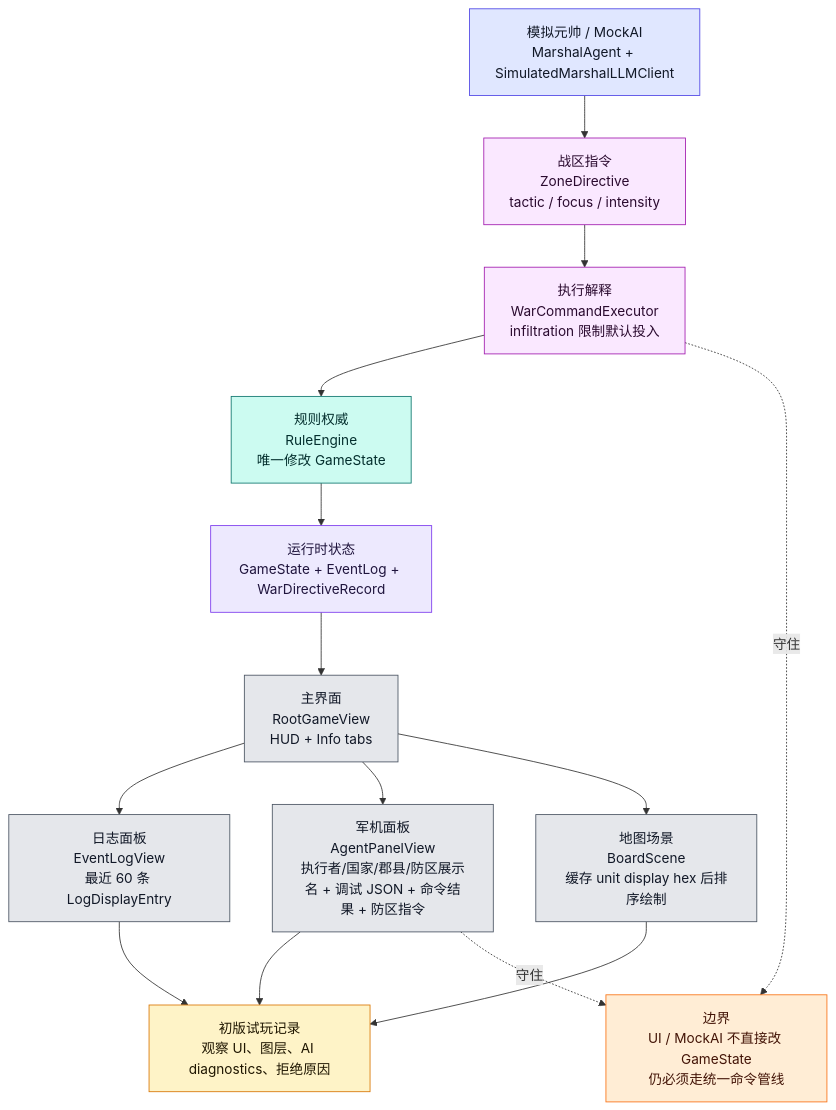
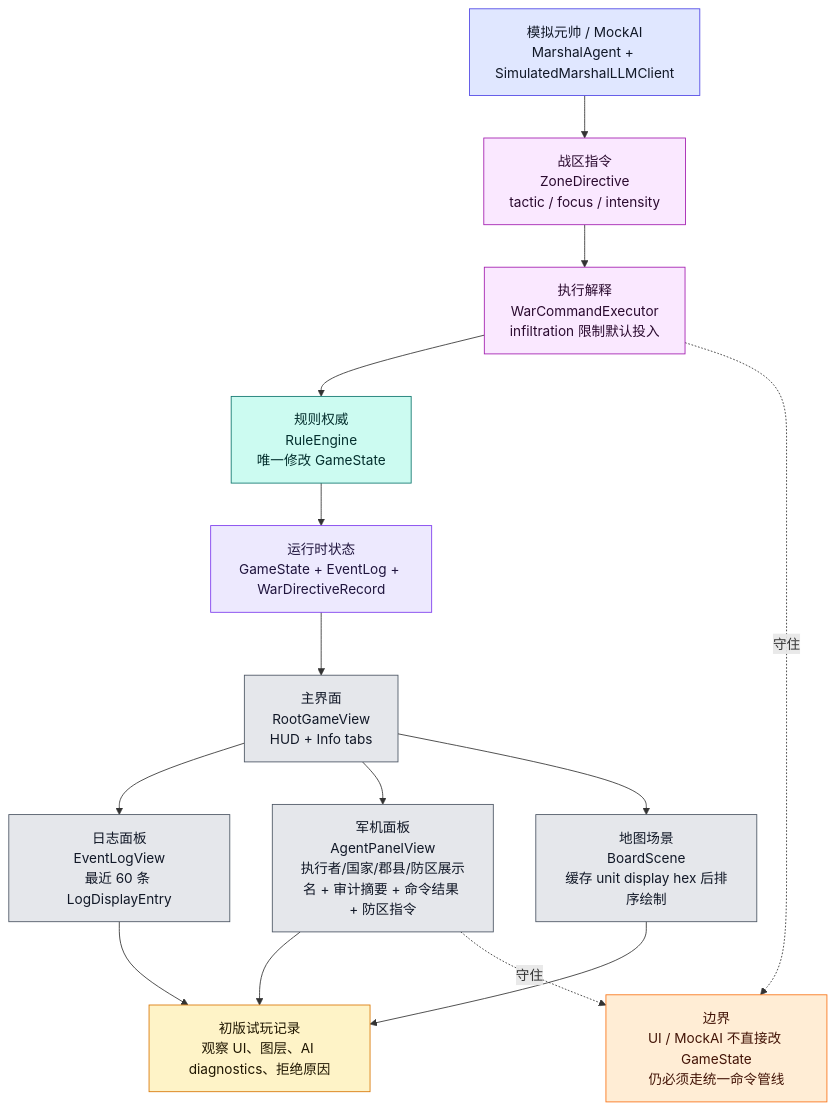
The seventh of 9 diagrams in md/flow/flowchart.md (Altman-sam114/121), drawn with Mermaid before and after one commit. The commit also changed other lines of this file and 11 other files, not shown here.

Commit message:
fix(ui): sanitize agent panel displays

````diff
--- a/md/flow/flowchart.md
+++ b/md/flow/flowchart.md
@@ -491,34 +492,34 @@
 ```mermaid
 flowchart TD
     STATE["运行时状态<br/>GameState + EventLog + WarDirectiveRecord"]:::state
     ROOT["主界面<br/>RootGameView<br/>HUD + Info tabs"]:::ui
     LOG["日志面板<br/>EventLogView<br/>最近 60 条 LogDisplayEntry"]:::ui
-    AIUI["军机面板<br/>AgentPanelView<br/>执行者/国家/郡县/防区展示名 + 调试 JSON + 命令结果 + 防区指令"]:::ui
+    AIUI["军机面板<br/>AgentPanelView<br/>执行者/国家/郡县/防区展示名 + 审计摘要 + 命令结果 + 防区指令"]:::ui
     BOARD["地图场景<br/>BoardScene<br/>缓存 unit display hex 后排序绘制"]:::ui
     MARSHAL["模拟元帅 / MockAI<br/>MarshalAgent + SimulatedMarshalLLMClient"]:::ai
     ZD["战区指令<br/>ZoneDirective<br/>tactic / focus / intensity"]:::command
     WCE["执行解释<br/>WarCommandExecutor<br/>infiltration 限制默认投入"]:::command
     RULE["规则权威<br/>RuleEngine<br/>唯一修改 GameState"]:::rules
     PLAYTEST["初版试玩记录<br/>观察 UI、图层、AI diagnostics、拒绝原因"]:::doc
 
     STATE --> ROOT
     ROOT --> LOG
     ROOT --> AIUI
     ROOT --> BOARD
     MARSHAL --> ZD --> WCE --> RULE --> STATE
     AIUI --> PLAYTEST
     LOG --> PLAYTEST
     BOARD --> PLAYTEST
 
     WARN["边界<br/>UI / MockAI 不直接改 GameState<br/>仍必须走统一命令管线"]:::warn
     AIUI -.守住.-> WARN
     WCE -.守住.-> WARN
 
     classDef state fill:#ede9fe,stroke:#7c3aed,color:#1f143d
     classDef ui fill:#e5e7eb,stroke:#4b5563,color:#111827
     classDef ai fill:#e0e7ff,stroke:#4f46e5,color:#111827
     classDef command fill:#fae8ff,stroke:#a21caf,color:#2a0a2f
     classDef rules fill:#ccfbf1,stroke:#0f766e,color:#042f2e
     classDef doc fill:#fef3c7,stroke:#d97706,color:#1f1600
     classDef warn fill:#ffedd5,stroke:#f97316,color:#431407
 ```
````
